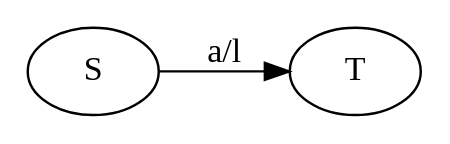
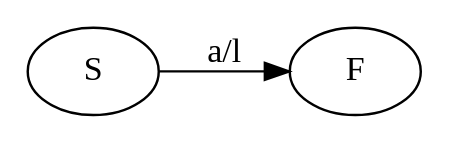
The diagram in Docs/Reports/SemenGrigorev/Diploma/sources_new/DOT/TNFA_SAMPLE.dot (YaccConstructor/YaccConstructor), drawn with Graphviz before and after one commit. The commit also changed 46 other files, not shown here.

```diff
--- a/Docs/Reports/SemenGrigorev/Diploma/sources_new/DOT/TNFA_SAMPLE.dot
+++ b/Docs/Reports/SemenGrigorev/Diploma/sources_new/DOT/TNFA_SAMPLE.dot
@@ -1,5 +1,5 @@
 digraph G
 {
-	rankdir = LR
-	S -> T [label="a/l"]
+        rankdir = LR
+        S -> F [label="a/l"]
 }
```
